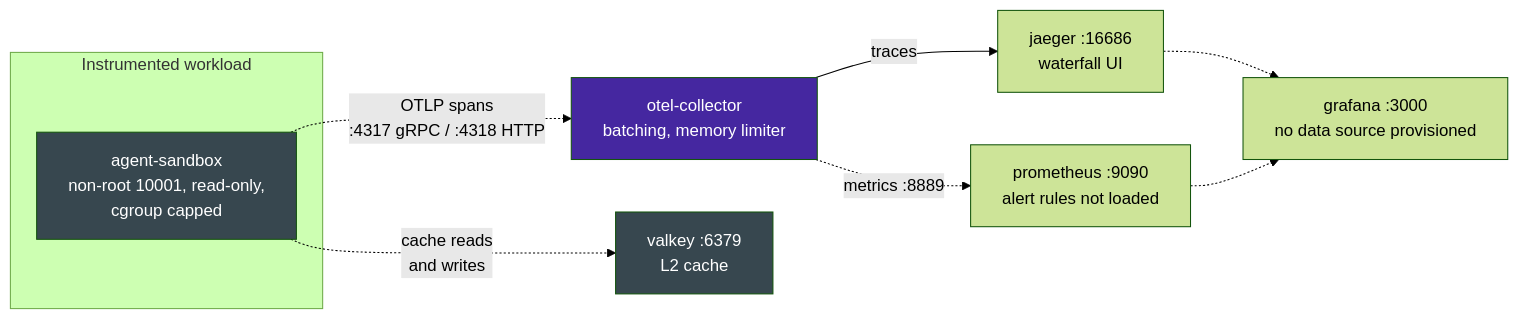
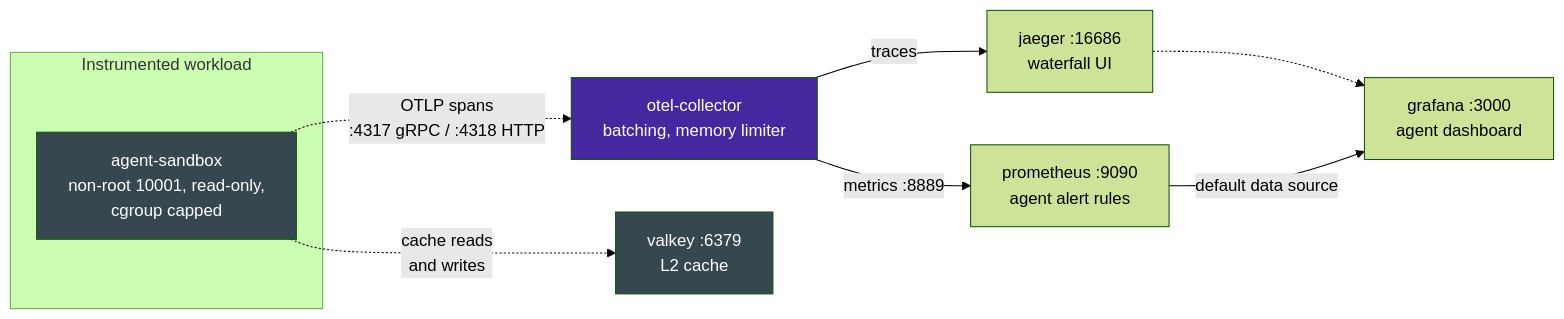
Before and after one commit to dan-petty/vibes: the diagram in resources/docker-compose/README.md, drawn with Mermaid (forest theme). The commit also changed other lines of this file and 12 other files, not shown here.

First line of the commit message:
fix: Load alert rules, dashboard, collector and Valkey wiring (#264)

````diff
--- a/resources/docker-compose/README.md
+++ b/resources/docker-compose/README.md
@@ -20,18 +20,18 @@
 ```mermaid
 flowchart LR
     classDef accent fill:#4527a0,color:#fff
     classDef neutral fill:#37474f,color:#fff
 
     subgraph Workload["Instrumented workload"]
         Agent["agent-sandbox<br/>non-root 10001, read-only,<br/>cgroup capped"]:::neutral
     end
 
     Agent -.->|"OTLP spans<br/>:4317 gRPC / :4318 HTTP"| Coll["otel-collector<br/>batching, memory limiter"]:::accent
     Agent -.->|"cache reads<br/>and writes"| Valkey["valkey :6379<br/>L2 cache"]:::neutral
 
     Coll -->|"traces"| Jaeger["jaeger :16686<br/>waterfall UI"]
-    Coll -.->|"metrics :8889"| Prom["prometheus :9090<br/>alert rules not loaded"]
+    Coll -->|"metrics :8889"| Prom["prometheus :9090<br/>agent alert rules"]
 
-    Jaeger -.-> Graf["grafana :3000<br/>no data source provisioned"]
-    Prom -.-> Graf
+    Jaeger -.-> Graf["grafana :3000<br/>agent dashboard"]
+    Prom -->|"default data source"| Graf
 ```
````
